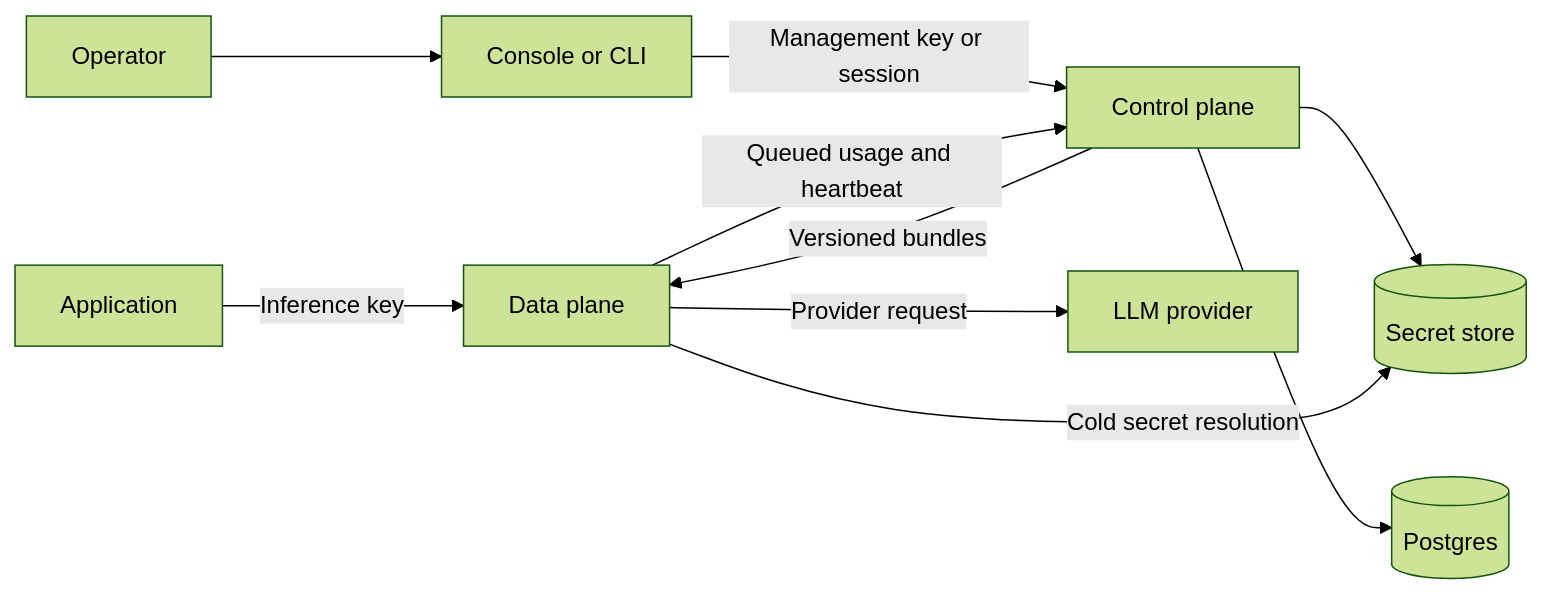
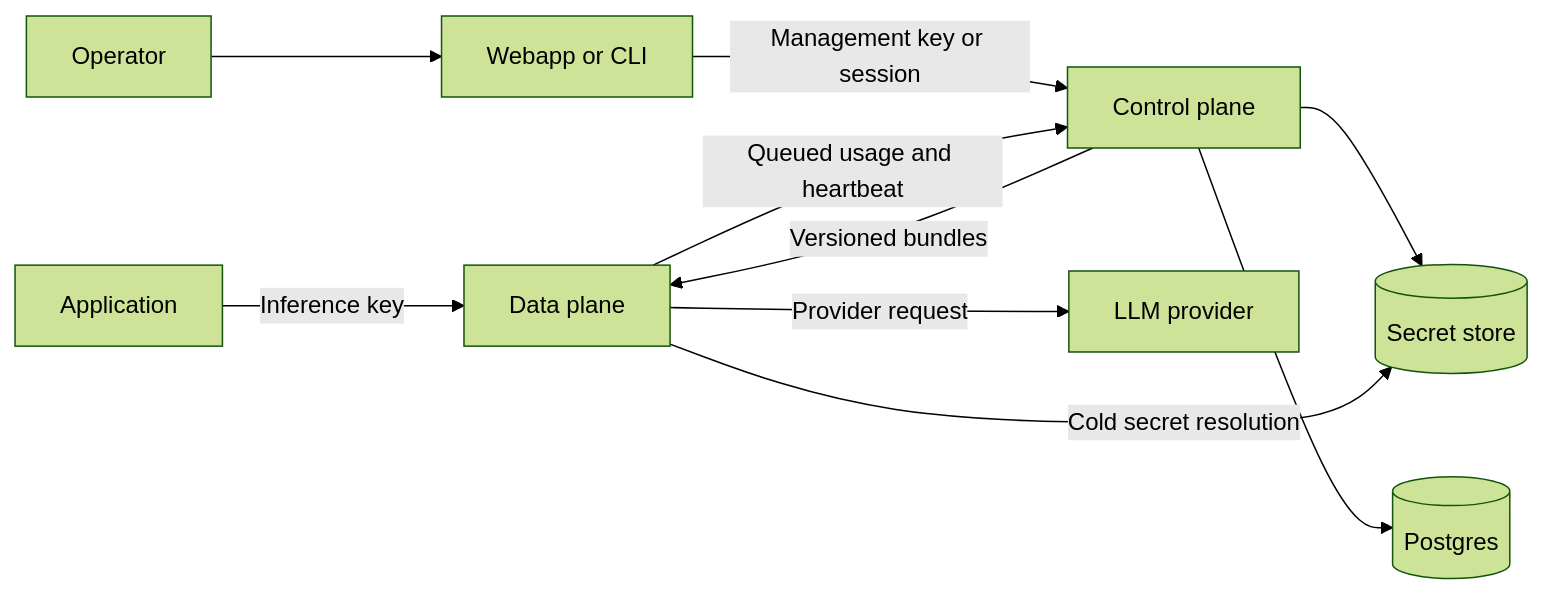
Before and after one commit to michel-tricot/airmux: the diagram in docs/concepts/architecture.mdx, drawn with Mermaid (forest theme). The commit also changed other lines of this file and 43 other files, not shown here.

````diff
--- a/docs/concepts/architecture.mdx
+++ b/docs/concepts/architecture.mdx
@@ -8,12 +8,12 @@
 ```mermaid
 flowchart LR
   A[Application] -->|Inference key| G[Data plane]
-  U[Operator] --> C[Console or CLI]
+  U[Operator] --> C[Webapp or CLI]
   C -->|Management key or session| M[Control plane]
   M --> P[(Postgres)]
   M --> S[(Secret store)]
   M -->|Versioned bundles| G
   G -->|Cold secret resolution| S
   G -->|Provider request| L[LLM provider]
   G -->|Queued usage and heartbeat| M
 ```
````
